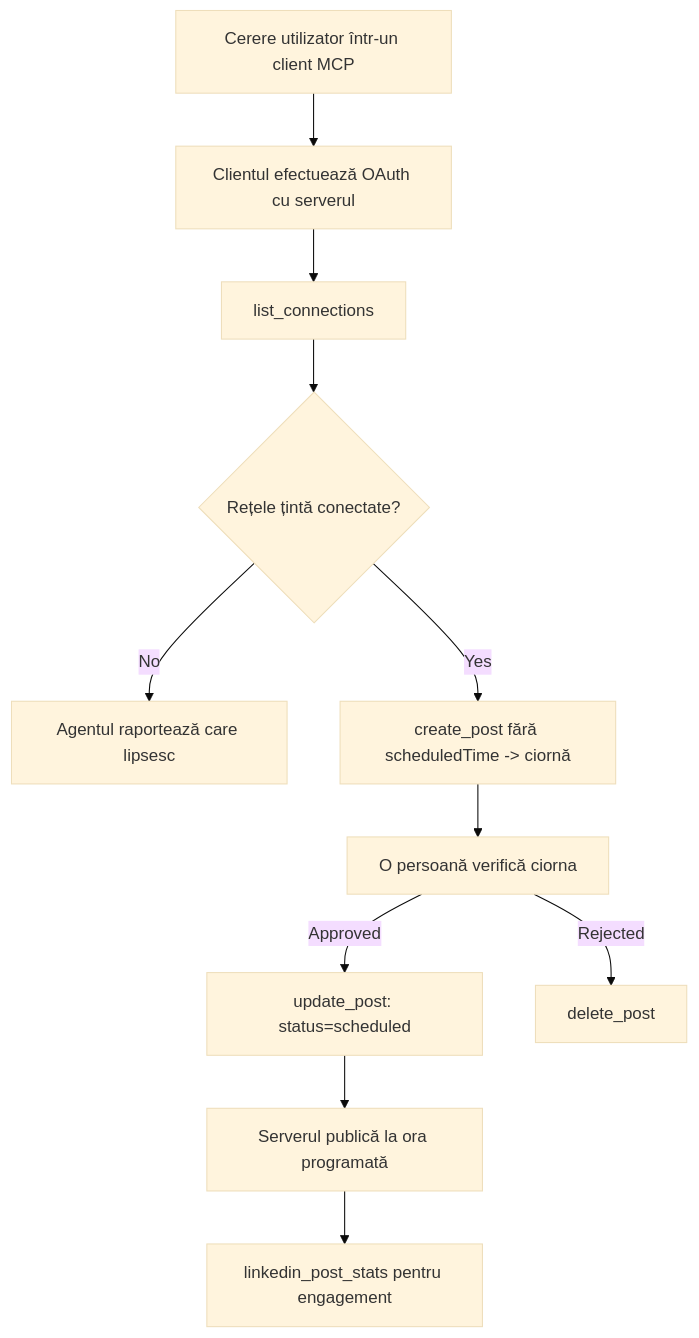
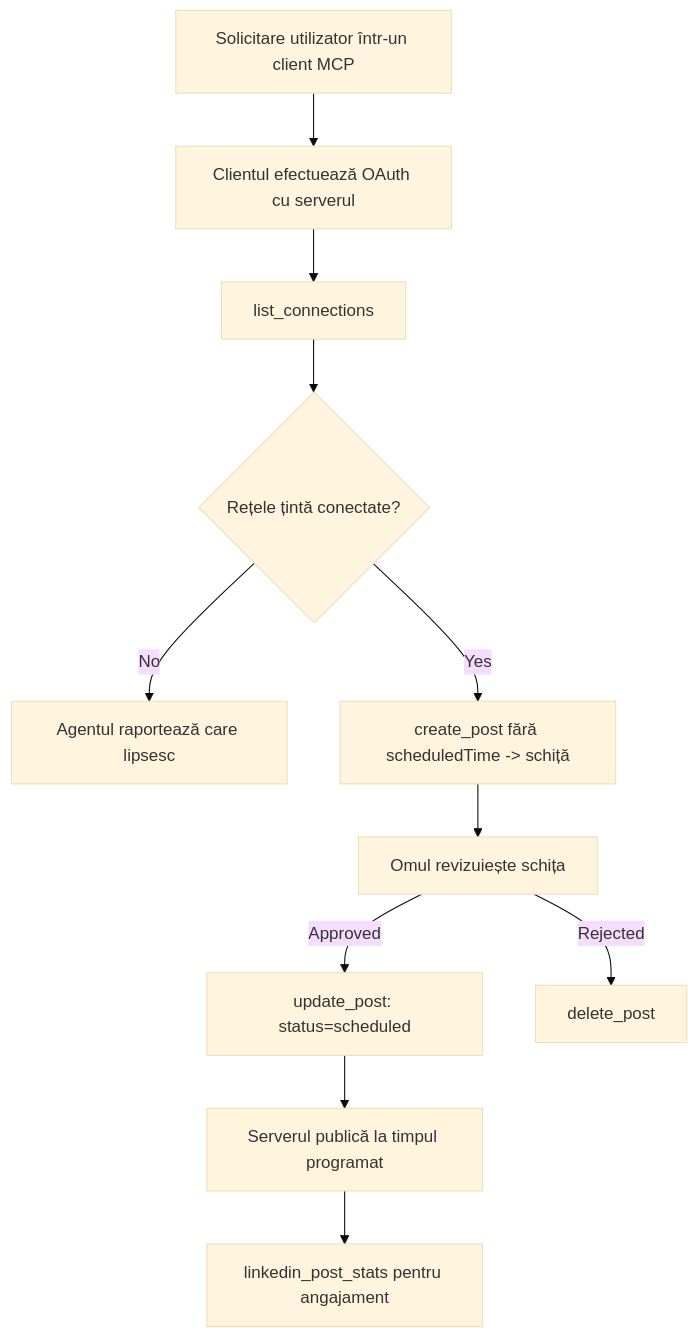
The diagram in translations/ro/09-CaseStudy/publora-social-publishing.md (microsoft/mcp-for-beginners), drawn with Mermaid (base theme) before and after one commit. The commit also changed other lines of this file and 145 other files, not shown here.

````diff
--- a/translations/ro/09-CaseStudy/publora-social-publishing.md
+++ b/translations/ro/09-CaseStudy/publora-social-publishing.md
@@ -47,13 +47,13 @@
 ```mermaid
 flowchart TD
-    A[Cerere utilizator într-un client MCP] --> B[Clientul efectuează OAuth cu serverul]
+    A[Solicitare utilizator într-un client MCP] --> B[Clientul efectuează OAuth cu serverul]
     B --> C[list_connections]
     C --> D{Rețele țintă conectate?}
     D -- No --> E[Agentul raportează care lipsesc]
-    D -- Yes --> F[create_post fără scheduledTime -> ciornă]
-    F --> G[O persoană verifică ciorna]
+    D -- Yes --> F[create_post fără scheduledTime -> schiță]
+    F --> G[Omul revizuiește schița]
     G -- Approved --> H[update_post: status=scheduled]
     G -- Rejected --> I[delete_post]
-    H --> J[Serverul publică la ora programată]
-    J --> K[linkedin_post_stats pentru engagement]
+    H --> J[Serverul publică la timpul programat]
+    J --> K[linkedin_post_stats pentru angajament]
 ```
````
